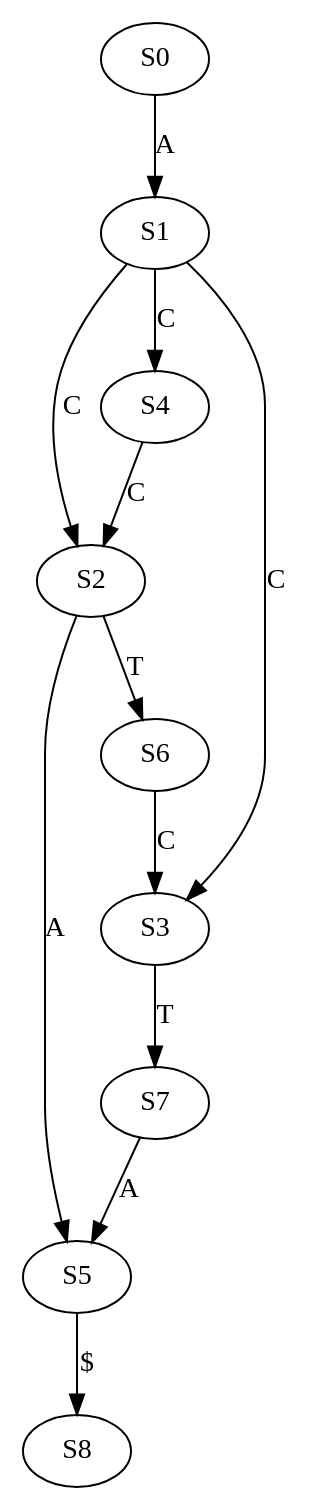
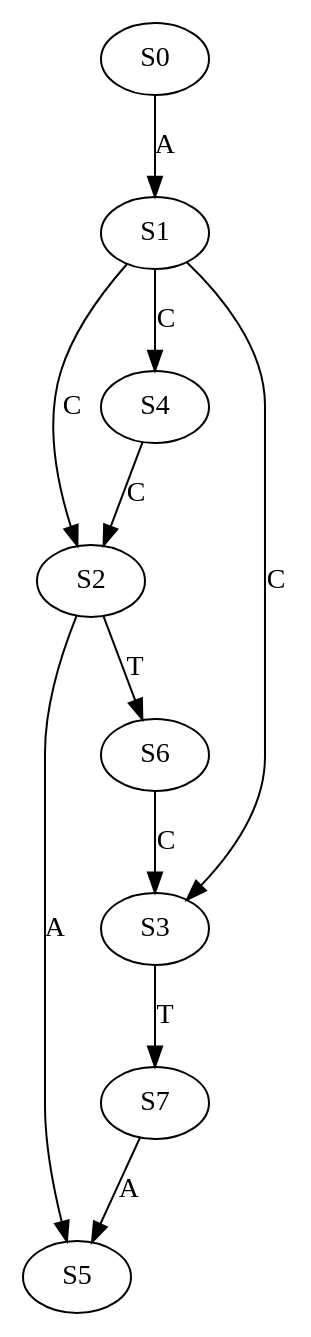
One commit to Kuanhao-Chao/Wheeler_Graph_Toolkit changed the diagram in graph/RevDetGraph/RevDet_a7.dot. Above: the diagram before and after it, drawn with Graphviz. The commit also changed 33 other files, not shown here.

Commit message:
Fix Wheeler graph missing conditions: need to check all edge pairs in both directions

```diff
--- a/graph/RevDetGraph/RevDet_a7.dot
+++ b/graph/RevDetGraph/RevDet_a7.dot
@@ -1,13 +1,12 @@
 strict digraph  {
 	S0 -> S1 [ label = A ];
 	S1 -> S2 [ label = C ];
 	S1 -> S3 [ label = C ];
 	S1 -> S4 [ label = C ];
 	S2 -> S5 [ label = A ];
 	S2 -> S6 [ label = T ];
 	S3 -> S7 [ label = T ];
 	S4 -> S2 [ label = C ];
-	S5 -> S8 [ label = "$" ];
 	S6 -> S3 [ label = C ];
 	S7 -> S5 [ label = A ];
 }
```
